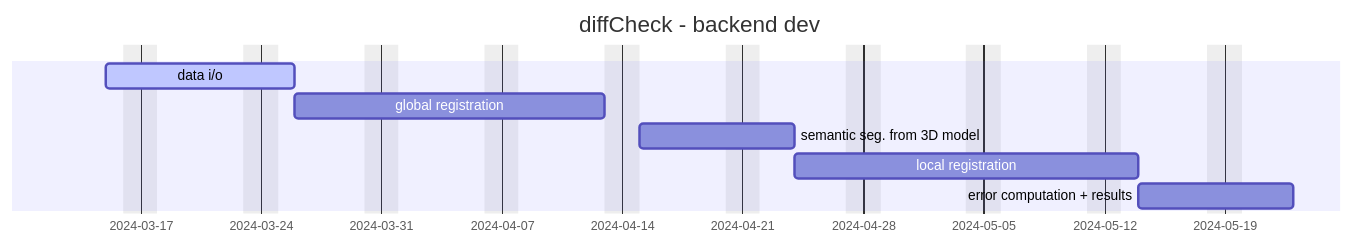
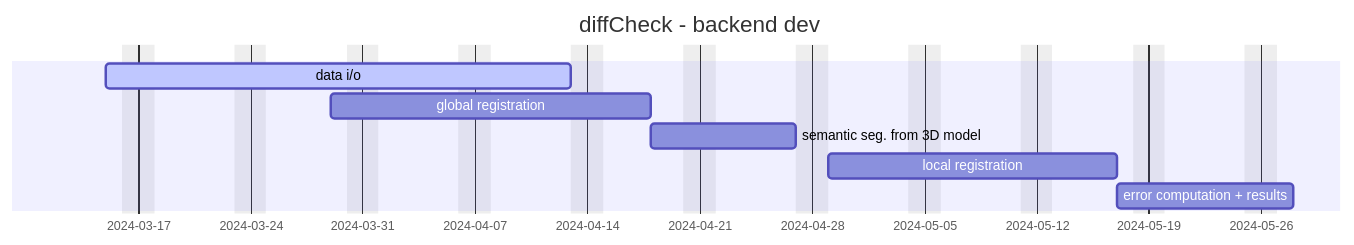
The second of 2 diagrams in README.md (diffCheckOrg/diffCheck), drawn with Mermaid before and after one commit.

Commit message:
FIX: updated planning

````diff
--- a/README.md
+++ b/README.md
@@ -34,12 +34,12 @@
 ```mermaid
 gantt
     dateFormat  YYYY-MM-DD
     title       diffCheck - backend dev
     excludes    weekends
 
-    data i/o                                 :active, dataio, 2024-03-15, 1w
-    global registration                      :glbreg, after dataio, 2w
+    data i/o                                 :active, dataio, 2024-03-15, 3w
+    global registration                      :glbreg, 2024-03-29, 2w
     semantic seg. from 3D model              :semseg, after glbreg, 1w
     local registration                       :locreg, after semseg, 2w
     error computation + results              :errcomp, after locreg, 1w
 ```
````
